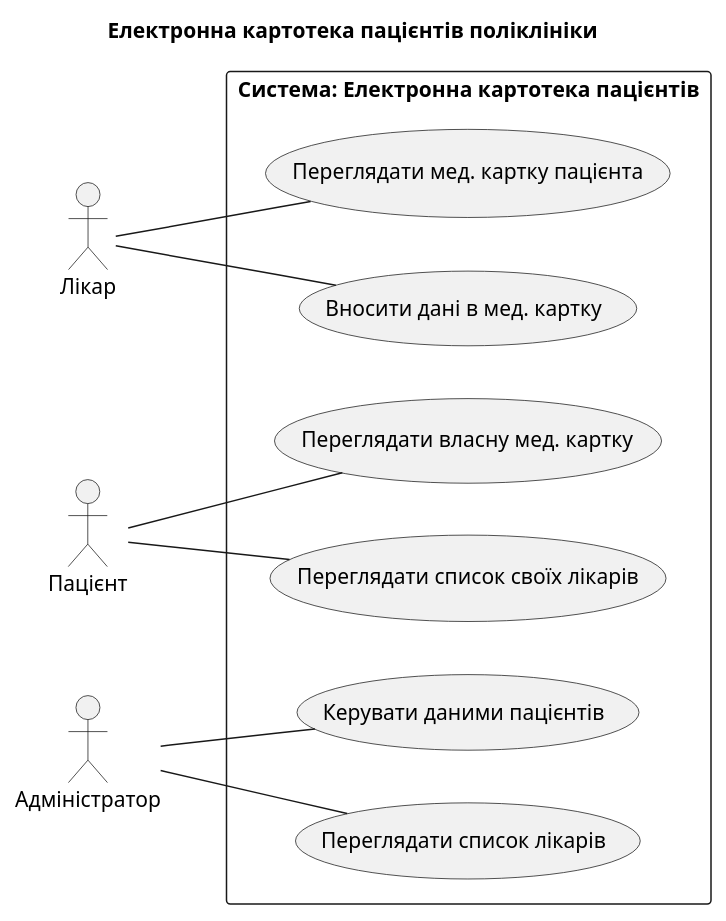
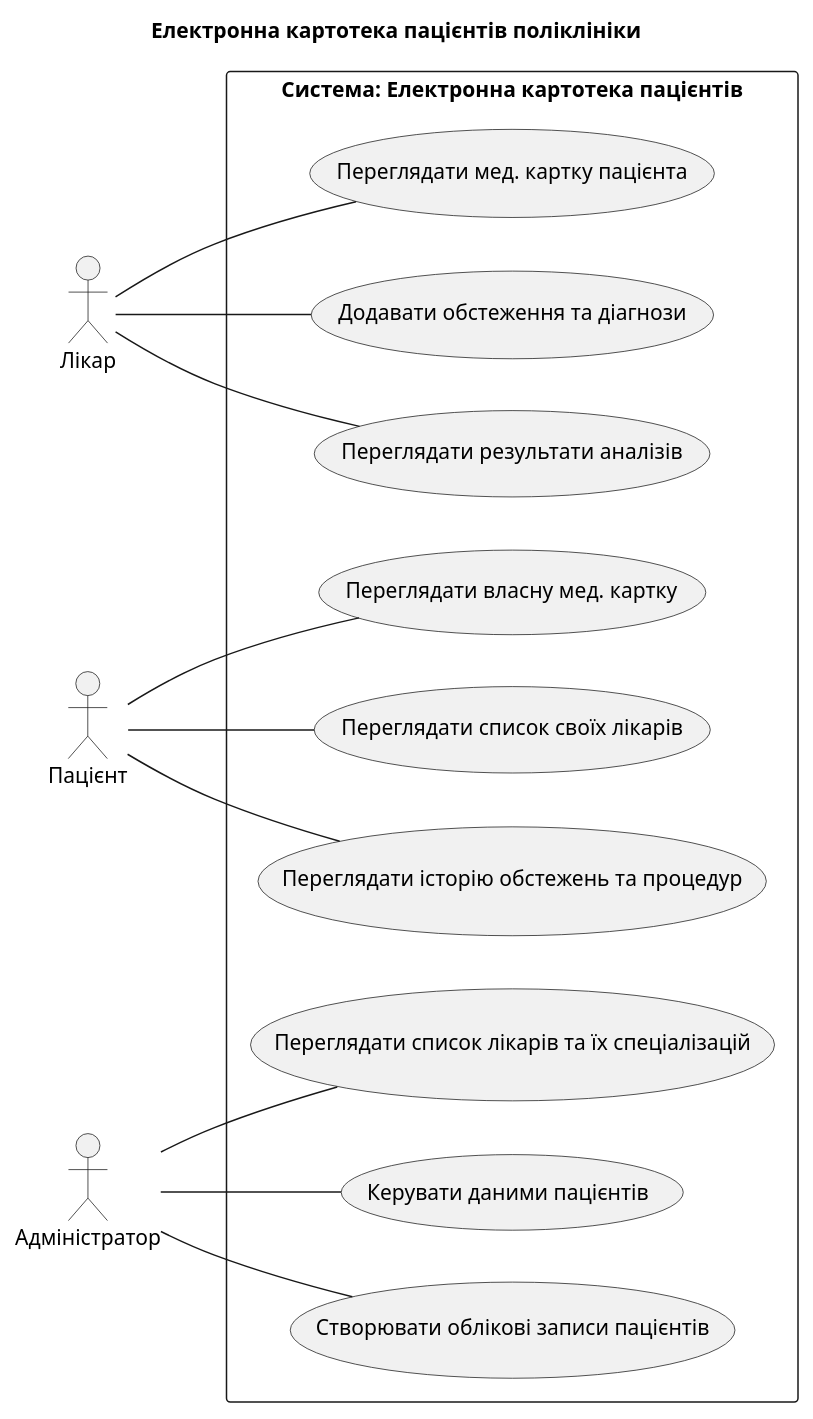
Before and after one commit to maksimsq/test-sw: the diagram in DB-CW-1/UseCase.puml, drawn with PlantUML.

Commit message:
Refactor use case diagram for patient records system

```diff
--- a/DB-CW-1/UseCase.puml
+++ b/DB-CW-1/UseCase.puml
@@ -1,35 +1,44 @@
 @startuml
 
-' Загальна назва діаграми
 title Електронна картотека пацієнтів поліклініки
 
 left to right direction
 
-' --- Визначення акторів ---
-actor Лікар as doc
-actor Пацієнт as patient
-actor Адміністратор as admin
+' --- Актори ---
+actor "Лікар" as Doctor
+actor "Пацієнт" as Patient
+actor "Адміністратор" as Admin
 
-' --- Межі системи та прецеденти всередині ---
+' --- Межі системи ---
 rectangle "Система: Електронна картотека пацієнтів" {
+  
+  ' --- Прецеденти лікаря ---
   usecase "Переглядати мед. картку пацієнта" as UC1
-  usecase "Вносити дані в мед. картку" as UC2
+  usecase "Додавати обстеження та діагнози" as UC2
+  usecase "Переглядати результати аналізів" as UC3
   
-  usecase "Переглядати власну мед. картку" as UC3
-  usecase "Переглядати список своїх лікарів" as UC4
-
-  usecase "Керувати даними пацієнтів" as UC5
-  usecase "Переглядати список лікарів" as UC6
+  ' --- Прецеденти пацієнта ---
+  usecase "Переглядати власну мед. картку" as UC4
+  usecase "Переглядати список своїх лікарів" as UC5
+  usecase "Переглядати історію обстежень та процедур" as UC6
+  
+  ' --- Прецеденти адміністратора ---
+  usecase "Переглядати список лікарів та їх спеціалізацій" as UC7
+  usecase "Керувати даними пацієнтів" as UC8
+  usecase "Створювати облікові записи пацієнтів" as UC9
 }
 
-' --- Зв'язки між акторами та прецедентами ---
-doc -- UC1
-doc -- UC2
+' --- Зв’язки ---
+Doctor -- UC1
+Doctor -- UC2
+Doctor -- UC3
 
-patient -- UC3
-patient -- UC4
+Patient -- UC4
+Patient -- UC5
+Patient -- UC6
 
-admin -- UC5
-admin -- UC6
+Admin -- UC7
+Admin -- UC8
+Admin -- UC9
 
 @enduml
```
